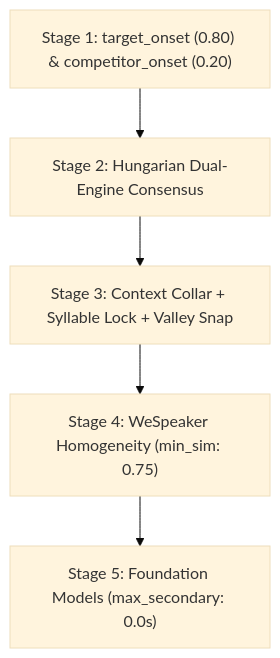
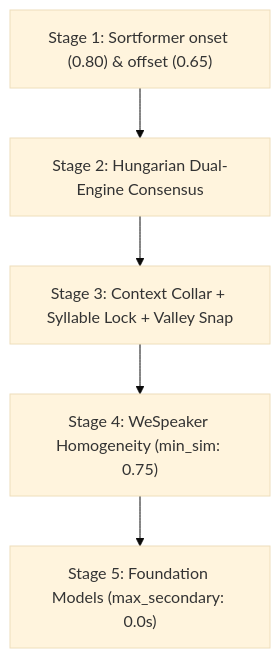
Before and after one commit to tungnguyenlam/audio-prepare-pipeline-redo: the diagram in docs/08_model_parameters_and_tradeoffs.md, drawn with Mermaid (base theme). The commit also changed other lines of this file and 3 other files, not shown here.

````diff
--- a/docs/08_model_parameters_and_tradeoffs.md
+++ b/docs/08_model_parameters_and_tradeoffs.md
@@ -332,7 +332,7 @@
 ```mermaid
 flowchart TD
-    S1["Stage 1: target_onset (0.80) & competitor_onset (0.20)"] --> S2["Stage 2: Hungarian Dual-Engine Consensus"]
+    S1["Stage 1: Sortformer onset (0.80) & offset (0.65)"] --> S2["Stage 2: Hungarian Dual-Engine Consensus"]
     S2 --> S3["Stage 3: Context Collar + Syllable Lock + Valley Snap"]
     S3 --> S4["Stage 4: WeSpeaker Homogeneity (min_sim: 0.75)"]
     S4 --> S5["Stage 5: Foundation Models (max_secondary: 0.0s)"]
 ```
````
